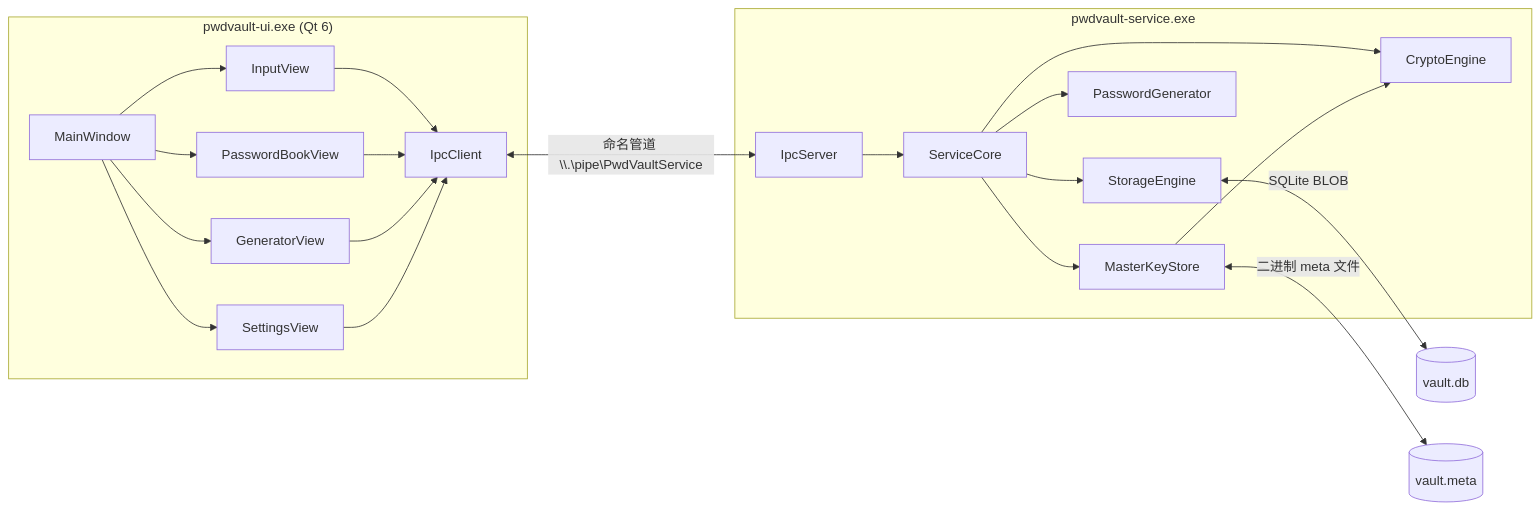
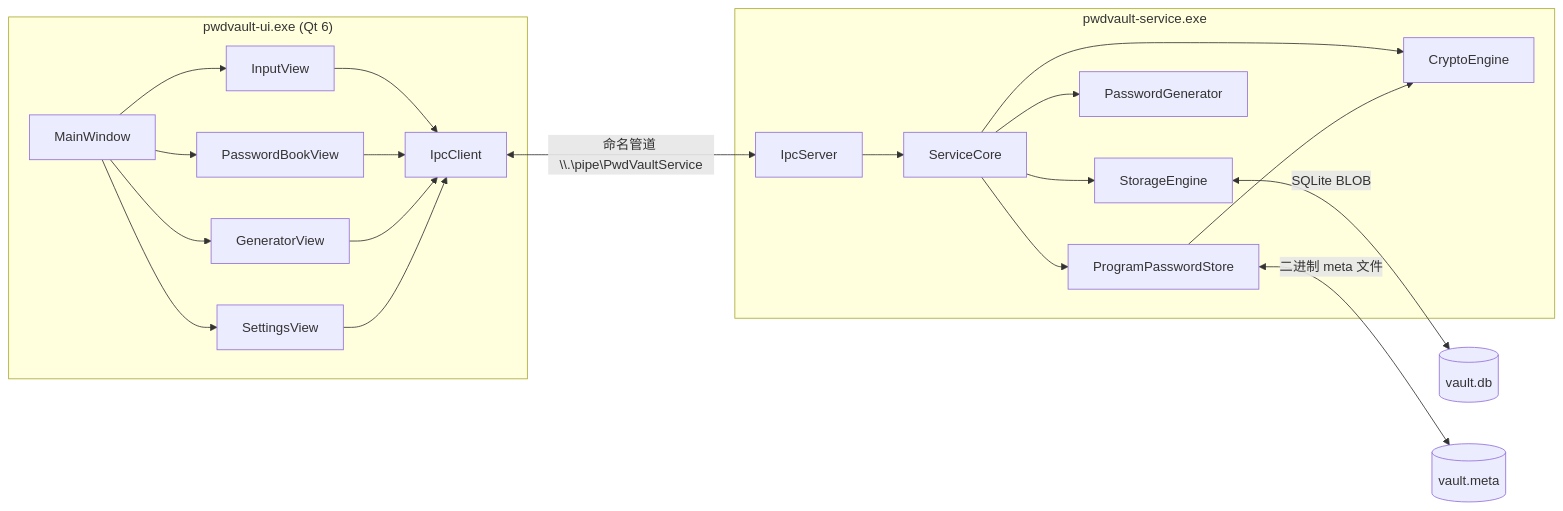
Before and after one commit to YuliannusYin/PWDVault: the diagram in docs/ARCHITECTURE.md, drawn with Mermaid. The commit also changed other lines of this file and 37 other files, not shown here.

````diff
--- a/docs/ARCHITECTURE.md
+++ b/docs/ARCHITECTURE.md
@@ -60,38 +60,38 @@
 ```mermaid
 flowchart LR
     subgraph UI["pwdvault-ui.exe (Qt 6)"]
         MW[MainWindow]
         IV[InputView]
         PB[PasswordBookView]
         GV[GeneratorView]
         SV[SettingsView]
         IC[IpcClient]
         MW --> IV
         MW --> PB
         MW --> GV
         MW --> SV
         IV --> IC
         PB --> IC
         GV --> IC
         SV --> IC
     end
 
     subgraph SVC["pwdvault-service.exe"]
         IS[IpcServer]
         SC[ServiceCore]
         CE[CryptoEngine]
         SE[StorageEngine]
         PG[PasswordGenerator]
-        MKS[MasterKeyStore]
+        PPS[ProgramPasswordStore]
         IS --> SC
         SC --> CE
         SC --> SE
         SC --> PG
-        SC --> MKS
-        MKS --> CE
+        SC --> PPS
+        PPS --> CE
     end
 
     IC <-->|命名管道 \\.\pipe\PwdVaultService| IS
     SE <-->|SQLite BLOB| DB[("vault.db")]
-    MKS <-->|二进制 meta 文件| META[("vault.meta")]
+    PPS <-->|二进制 meta 文件| META[("vault.meta")]
 ```
````
